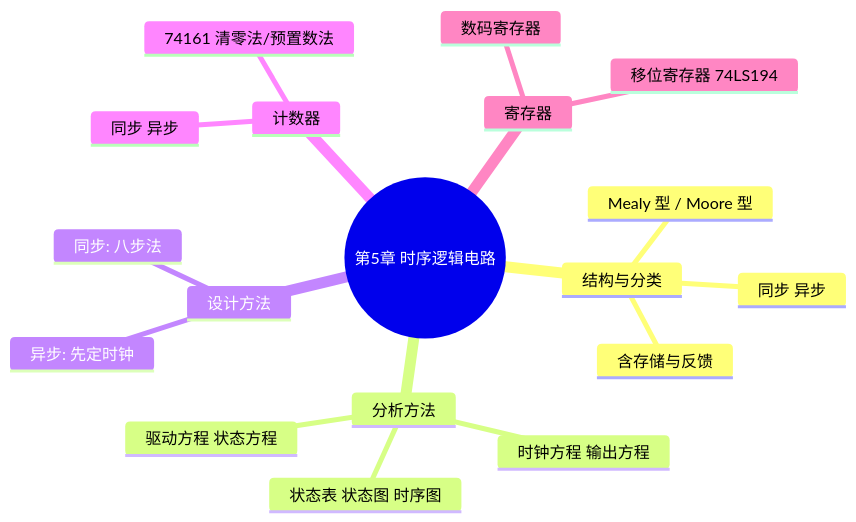
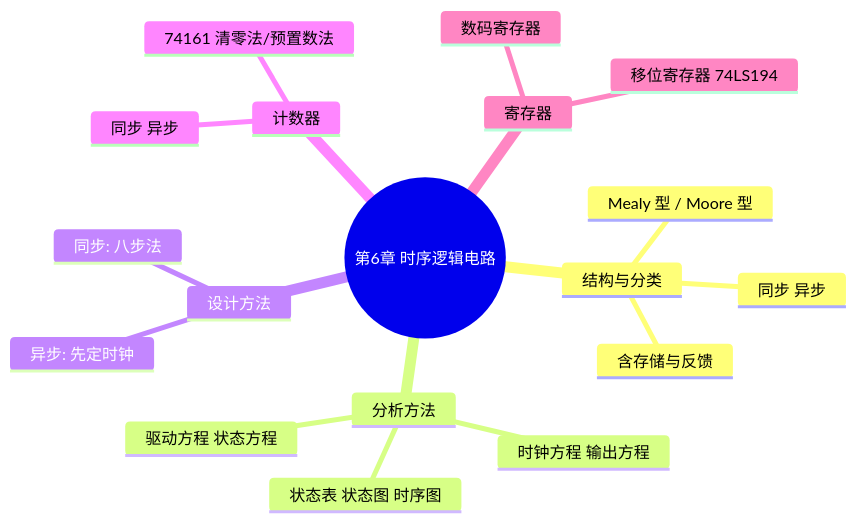
Before and after one commit to Kastrovsky/hrbust-cs-shudian-notes: the seventh of 8 diagrams in 学习资料/模拟电路与数字电路全书_知识点讲解_日常学习.md, drawn with Mermaid. The commit also changed other lines of this file and 112 other files, not shown here.

````diff
--- a/学习资料/模拟电路与数字电路全书_知识点讲解_日常学习.md
+++ b/学习资料/模拟电路与数字电路全书_知识点讲解_日常学习.md
@@ -230,21 +343,21 @@
 ```mermaid
 mindmap
-  root((第5章 时序逻辑电路))
+  root((第6章 时序逻辑电路))
     结构与分类
       含存储与反馈
       同步 异步
       Mealy 型 / Moore 型
     分析方法
       时钟方程 输出方程
       驱动方程 状态方程
       状态表 状态图 时序图
     设计方法
       同步: 八步法
       异步: 先定时钟
     计数器
       同步 异步
       74161 清零法/预置数法
     寄存器
       数码寄存器
       移位寄存器 74LS194
 ```
````
